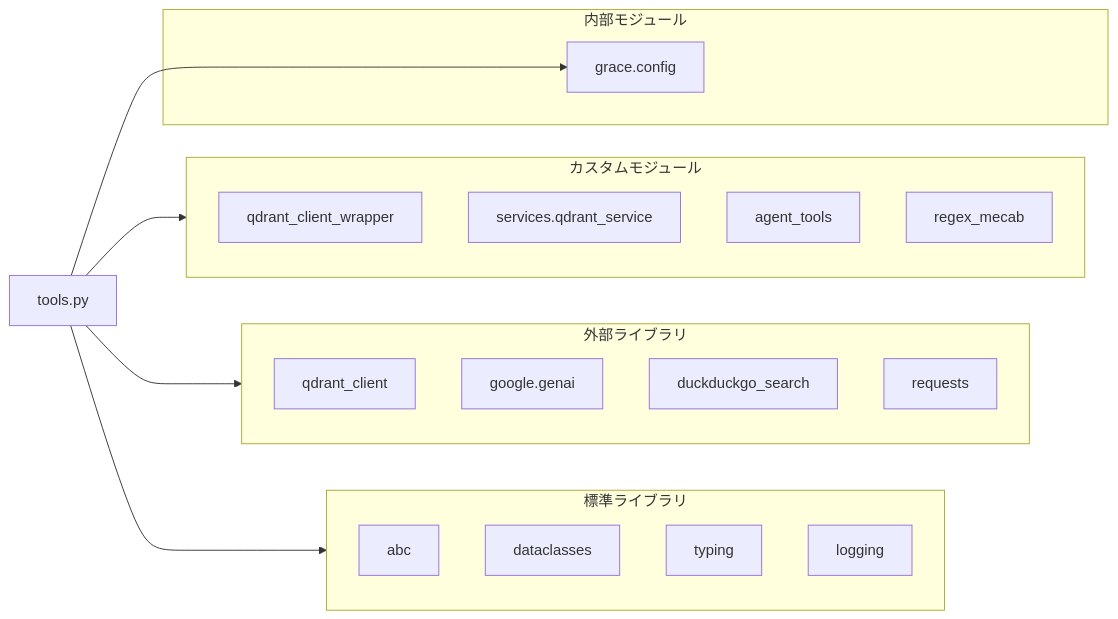
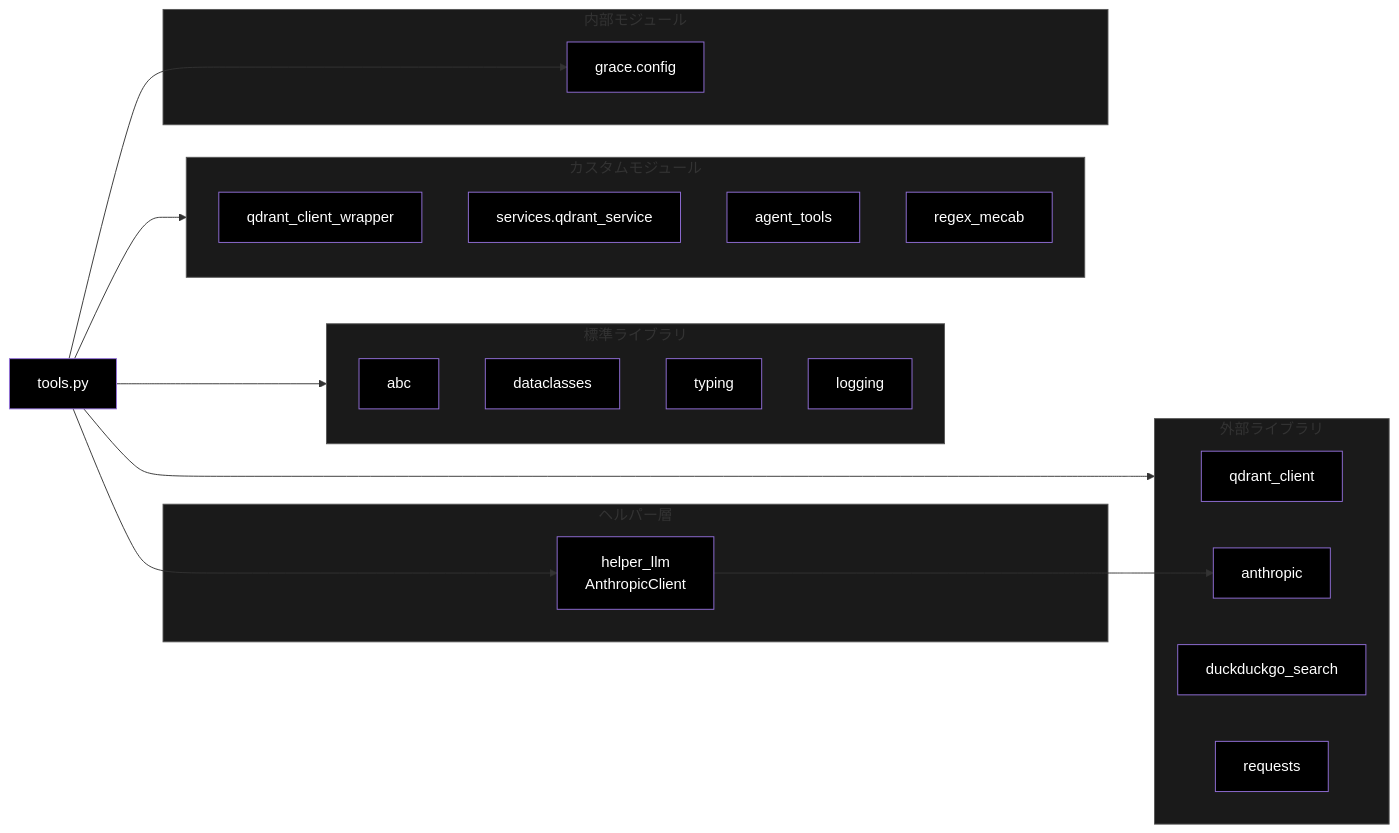
One commit to nakashima2toshio/anthropic_grace_agent changed the third of 4 diagrams in grace/doc/tools.md. Above: the diagram before and after it, drawn with Mermaid. The commit also changed other lines of this file and 18 other files, not shown here.

````diff
--- a/grace/doc/tools.md
+++ b/grace/doc/tools.md
@@ -1819,34 +1859,61 @@
 ```mermaid
 flowchart LR
     TOOLS["tools.py"]
 
     subgraph STD["標準ライブラリ"]
         ABC_LIB[abc]
         DC[dataclasses]
         TYPING[typing]
         LOG[logging]
     end
 
     subgraph EXT["外部ライブラリ"]
         QC["qdrant_client"]
-        GENAI["google.genai"]
+        ANT["anthropic"]
         DDG_LIB["duckduckgo_search"]
         REQ["requests"]
+    end
+
+    subgraph HELPER_GRP["ヘルパー層"]
+        HELPER_LLM["helper_llm\nAnthropicClient"]
     end
 
     subgraph CUSTOM["カスタムモジュール"]
         QCW["qdrant_client_wrapper"]
         QS["services.qdrant_service"]
         AT["agent_tools"]
         RM["regex_mecab"]
     end
 
     subgraph INTERNAL["内部モジュール"]
         CFG["grace.config"]
     end
 
     TOOLS --> STD
     TOOLS --> EXT
+    TOOLS --> HELPER_LLM
+    HELPER_LLM --> ANT
     TOOLS --> CUSTOM
     TOOLS --> CFG
+
+    style TOOLS fill:#000,color:#fff
+    style ABC_LIB fill:#000,color:#fff
+    style DC fill:#000,color:#fff
+    style TYPING fill:#000,color:#fff
+    style LOG fill:#000,color:#fff
+    style QC fill:#000,color:#fff
+    style ANT fill:#000,color:#fff
+    style DDG_LIB fill:#000,color:#fff
+    style REQ fill:#000,color:#fff
+    style HELPER_LLM fill:#000,color:#fff
+    style QCW fill:#000,color:#fff
+    style QS fill:#000,color:#fff
+    style AT fill:#000,color:#fff
+    style RM fill:#000,color:#fff
+    style CFG fill:#000,color:#fff
+    style STD fill:#1a1a1a,stroke:#555
+    style EXT fill:#1a1a1a,stroke:#555
+    style HELPER_GRP fill:#1a1a1a,stroke:#555
+    style CUSTOM fill:#1a1a1a,stroke:#555
+    style INTERNAL fill:#1a1a1a,stroke:#555
 ```
````
